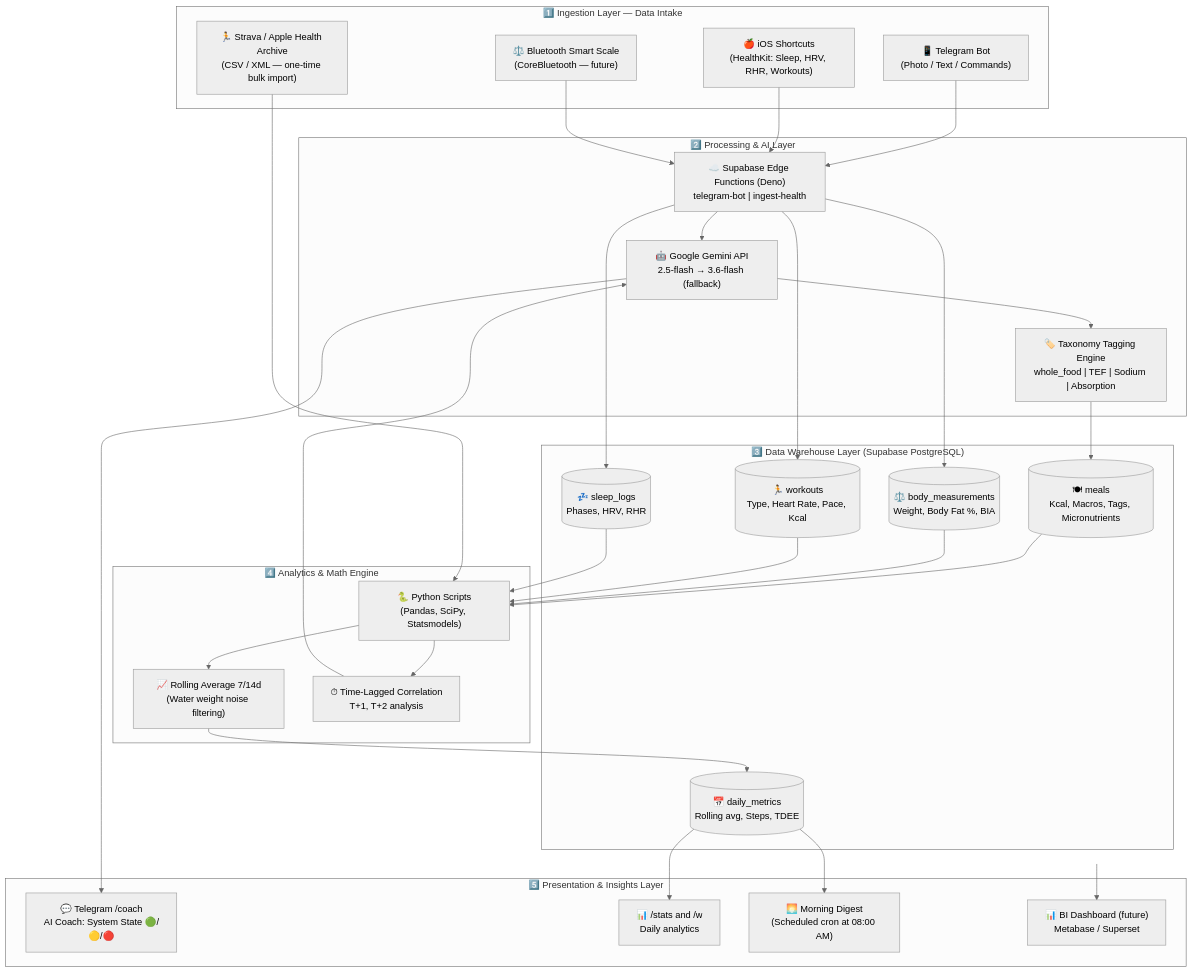
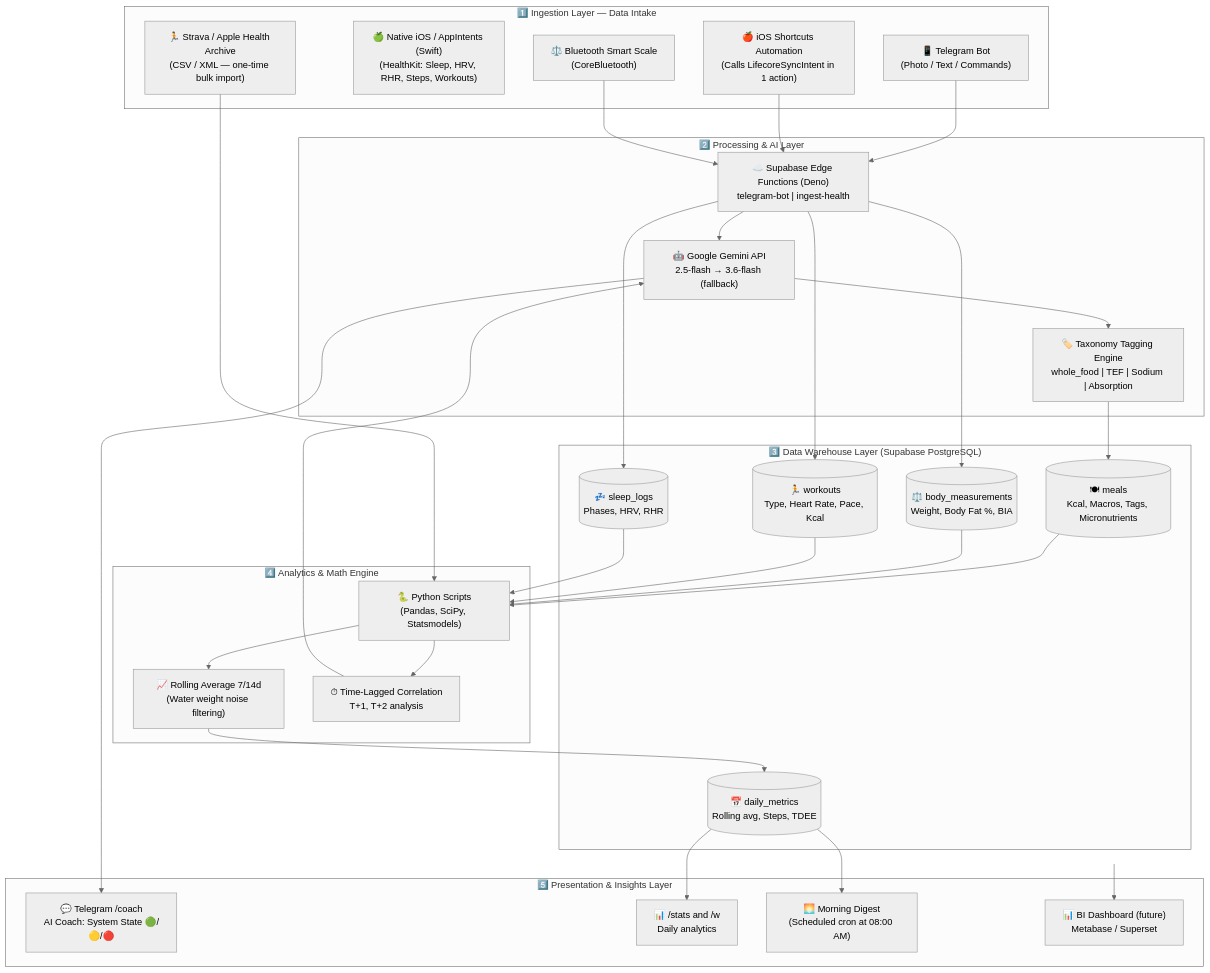
The diagram in docs/ARCHITECTURE.md (skycherepanya/calories-bot-mvp), drawn with Mermaid (neutral theme) before and after one commit. The commit also changed 8 other files, not shown here.

Commit message:
feat(ios): implement native Swift AppIntent and HealthKit ingestion layer

````diff
--- a/docs/ARCHITECTURE.md
+++ b/docs/ARCHITECTURE.md
@@ -18,63 +18,64 @@
 ```mermaid
 flowchart TD
     subgraph Ingestion ["1️⃣ Ingestion Layer — Data Intake"]
         TG["📱 Telegram Bot\n(Photo / Text / Commands)"]
-        Shortcuts["🍎 iOS Shortcuts\n(HealthKit: Sleep, HRV, RHR, Workouts)"]
-        BLE["⚖️ Bluetooth Smart Scale\n(CoreBluetooth — future)"]
+        NativeApp["🍏 Native iOS / AppIntents (Swift)\n(HealthKit: Sleep, HRV, RHR, Steps, Workouts)"]
+        Shortcuts["🍎 iOS Shortcuts Automation\n(Calls LifecoreSyncIntent in 1 action)"]
+        BLE["⚖️ Bluetooth Smart Scale\n(CoreBluetooth)"]
         Strava["🏃 Strava / Apple Health Archive\n(CSV / XML — one-time bulk import)"]
     end
 
     subgraph Processing ["2️⃣ Processing & AI Layer"]
         Edge["☁️ Supabase Edge Functions (Deno)\ntelegram-bot | ingest-health"]
         Gemini["🤖 Google Gemini API\n2.5-flash → 3.6-flash (fallback)"]
         TagEngine["🏷️ Taxonomy Tagging Engine\nwhole_food | TEF | Sodium | Absorption"]
     end
 
     subgraph Storage ["3️⃣ Data Warehouse Layer (Supabase PostgreSQL)"]
         Meals[("🍽 meals\nKcal, Macros, Tags, Micronutrients")]
         Body[("⚖️ body_measurements\nWeight, Body Fat %, BIA")]
         Workouts[("🏃 workouts\nType, Heart Rate, Pace, Kcal")]
         Sleep[("💤 sleep_logs\nPhases, HRV, RHR")]
         Daily[("📅 daily_metrics\nRolling avg, Steps, TDEE")]
     end
 
     subgraph Analytics ["4️⃣ Analytics & Math Engine"]
         Python["🐍 Python Scripts\n(Pandas, SciPy, Statsmodels)"]
         Rolling["📈 Rolling Average 7/14d\n(Water weight noise filtering)"]
         Lags["⏱ Time-Lagged Correlation\nT+1, T+2 analysis"]
     end
 
     subgraph Presentation ["5️⃣ Presentation & Insights Layer"]
         TG_Coach["💬 Telegram /coach\nAI Coach: System State 🟢/🟡/🔴"]
         TG_Stats["📊 /stats and /w\nDaily analytics"]
         Morning["🌅 Morning Digest\n(Scheduled cron at 08:00 AM)"]
         BI["📊 BI Dashboard (future)\nMetabase / Superset"]
     end
 
     TG --> Edge
     Shortcuts --> Edge
     BLE --> Edge
     Strava --> Python
 
     Edge --> Gemini
     Gemini --> TagEngine
     TagEngine --> Meals
     Edge --> Body
     Edge --> Workouts
     Edge --> Sleep
 
     Meals --> Python
     Body --> Python
     Workouts --> Python
     Sleep --> Python
 
     Python --> Rolling
     Python --> Lags
     Rolling --> Daily
     Lags --> Gemini
 
     Gemini --> TG_Coach
     Daily --> TG_Stats
     Daily --> Morning
     Storage --> BI
 ```
````
